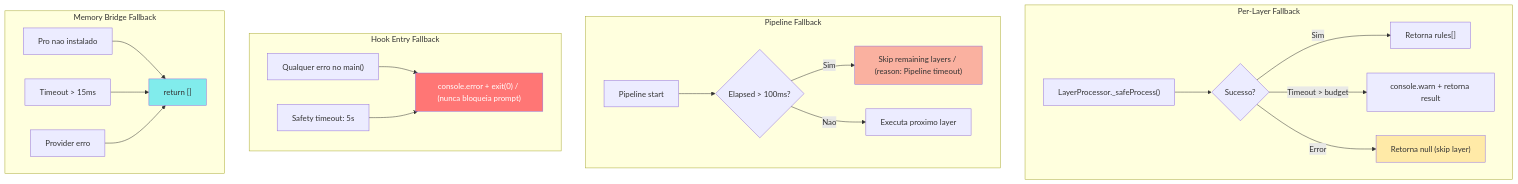
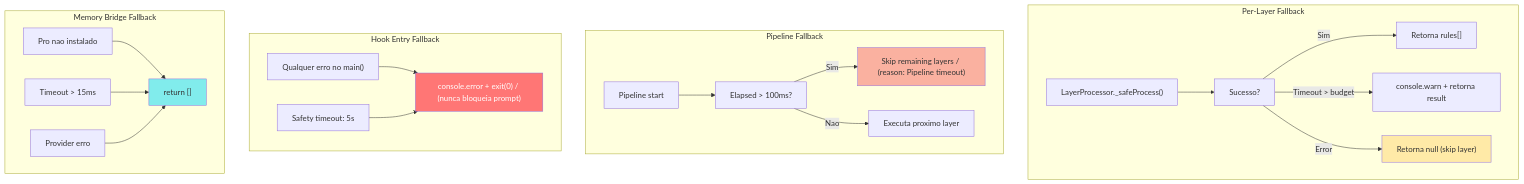
The tenth of 16 diagrams in content/en/docs/architecture/SYNAPSE/SYNAPSE-FLOWCHARTS.mdx (bychrisr/aios-docs), drawn with Mermaid before and after one commit. The commit also changed other lines of this file and 40 other files, not shown here.

````diff
--- a/content/en/docs/architecture/SYNAPSE/SYNAPSE-FLOWCHARTS.mdx
+++ b/content/en/docs/architecture/SYNAPSE/SYNAPSE-FLOWCHARTS.mdx
@@ -437,31 +437,31 @@
 ```mermaid
 flowchart TD
     subgraph LAYER_FALLBACK["Per-Layer Fallback"]
-        TRY["LayerProcessor._safeProcess()"] --> CHECK{"Sucesso?"}
+        TRY["LayerProcessor._safeProcess()"] --> CHECK["Sucesso?"]
         CHECK -->|"Sim"| RETURN["Retorna rules[]"]
         CHECK -->|"Timeout > budget"| WARN["console.warn + retorna result"]
         CHECK -->|"Error"| NULL["Retorna null (skip layer)"]
     end
 
     subgraph PIPELINE_FALLBACK["Pipeline Fallback"]
-        PIPE_START["Pipeline start"] --> PIPE_CHECK{"Elapsed > 100ms?"}
+        PIPE_START["Pipeline start"] --> PIPE_CHECK["Elapsed > 100ms?"]
         PIPE_CHECK -->|"Sim"| PIPE_SKIP["Skip remaining layers / (reason: Pipeline timeout)"]
         PIPE_CHECK -->|"Nao"| PIPE_NEXT["Executa proximo layer"]
     end
 
     subgraph HOOK_FALLBACK["Hook Entry Fallback"]
         HOOK_ERROR["Qualquer erro no main()"] --> HOOK_EXIT["console.error + exit(0) / (nunca bloqueia prompt)"]
         HOOK_TIMEOUT["Safety timeout: 5s"] --> HOOK_EXIT
     end
 
     subgraph MEMORY_FALLBACK["Memory Bridge Fallback"]
         MEM_NO_PRO["Pro nao instalado"] --> MEM_EMPTY["return []"]
         MEM_TIMEOUT["Timeout > 15ms"] --> MEM_EMPTY
         MEM_ERROR["Provider erro"] --> MEM_EMPTY
     end
 
     style NULL fill:#ffeaa7,color:#333
     style PIPE_SKIP fill:#fab1a0,color:#333
     style HOOK_EXIT fill:#ff7675,color:#fff
     style MEM_EMPTY fill:#81ecec,color:#333
 ```
````
